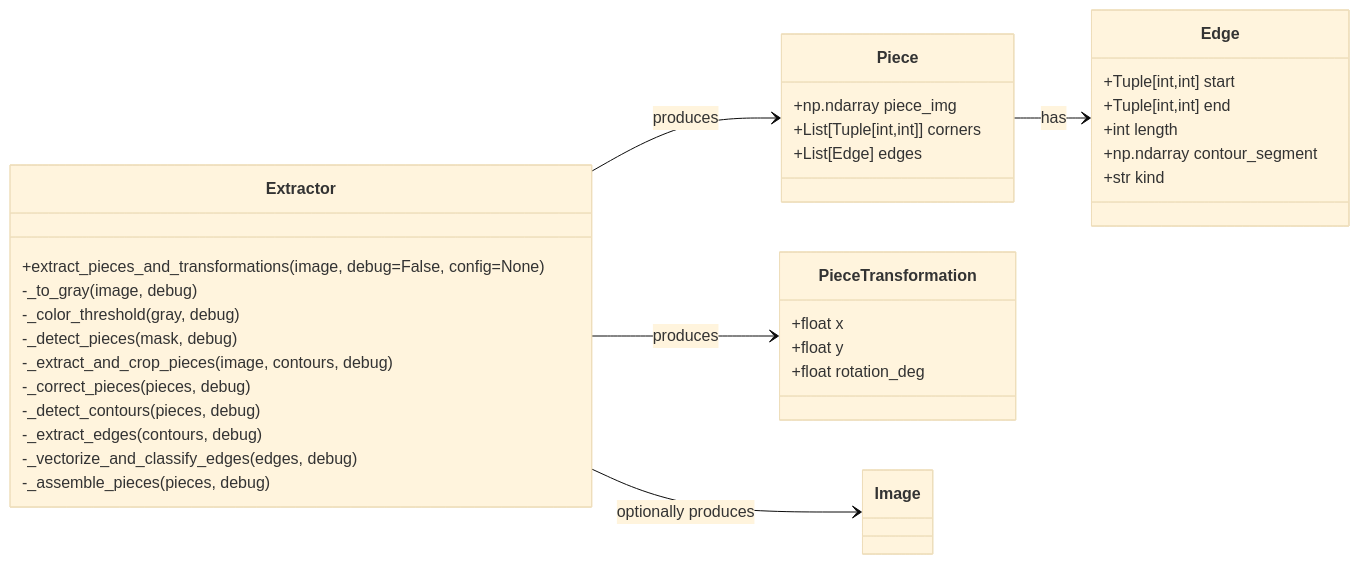
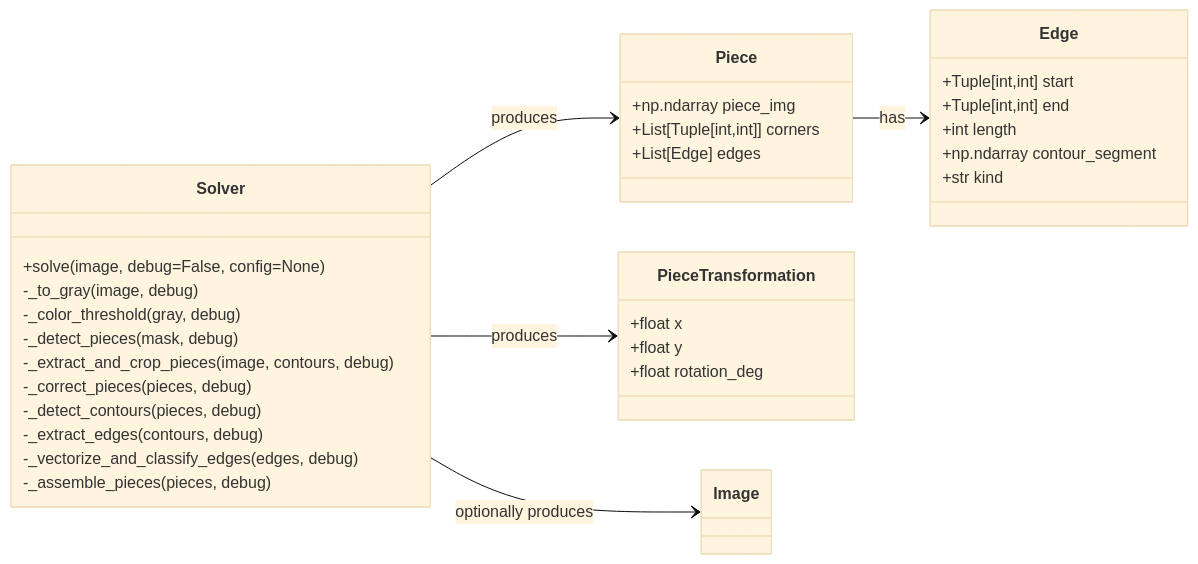
One commit to Mcapozzolo/PuzzleSimulator changed the first of 2 diagrams in docs/API_SPEC_EXTRACTOR.md. Above: the diagram before and after it, drawn with Mermaid (base theme). The commit also changed other lines of this file, not shown here.

Commit message:
Rename Extractor to Solver in API specification

````diff
--- a/docs/API_SPEC_EXTRACTOR.md
+++ b/docs/API_SPEC_EXTRACTOR.md
@@ -112,44 +112,44 @@
 ```mermaid
 classDiagram
     direction LR
 
     class Piece {
         +np.ndarray piece_img
         +List[Tuple[int,int]] corners
         +List[Edge] edges
     }
 
     class Edge {
         +Tuple[int,int] start
         +Tuple[int,int] end
         +int length
         +np.ndarray contour_segment
         +str kind
     }
 
     class PieceTransformation {
         +float x
         +float y
         +float rotation_deg
     }
 
     class Image {}
 
-    class Extractor {
-        +extract_pieces_and_transformations(image, debug=False, config=None)
+    class Solver {
+        +solve(image, debug=False, config=None)
         -_to_gray(image, debug)
         -_color_threshold(gray, debug)
         -_detect_pieces(mask, debug)
         -_extract_and_crop_pieces(image, contours, debug)
         -_correct_pieces(pieces, debug)
         -_detect_contours(pieces, debug)
         -_extract_edges(contours, debug)
         -_vectorize_and_classify_edges(edges, debug)
         -_assemble_pieces(pieces, debug)
     }
 
-    Extractor --> Piece : produces
+    Solver --> Piece : produces
     Piece --> Edge : has
-    Extractor --> PieceTransformation : produces
-    Extractor --> Image : optionally produces
+    Solver --> PieceTransformation : produces
+    Solver --> Image : optionally produces
 ```
````
